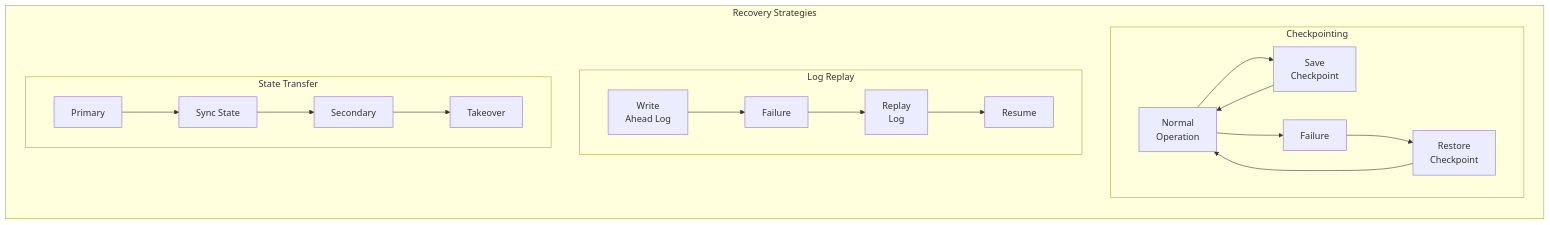
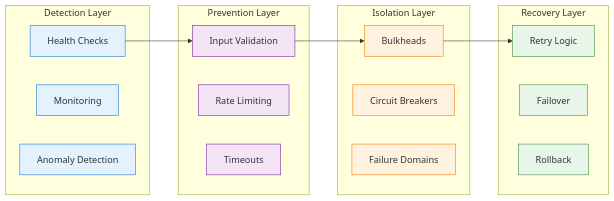
The second of 6 diagrams in docs/pattern-library/resilience/fault-tolerance.md (deepaucksharma/DStudio), drawn with Mermaid before and after one commit. The commit also changed other lines of this file and 119 other files, not shown here.

````diff
--- a/docs/pattern-library/resilience/fault-tolerance.md
+++ b/docs/pattern-library/resilience/fault-tolerance.md
@@ -180,30 +104,38 @@
 ```mermaid
-flowchart LR
-    subgraph "Recovery Strategies"
-        subgraph "Checkpointing"
-            CP1[Normal<br/>Operation]
-            CP2[Save<br/>Checkpoint]
-            CP3[Failure]
-            CP4[Restore<br/>Checkpoint]
-            CP1 --> CP2 --> CP1
-            CP1 --> CP3 --> CP4 --> CP1
-        end
-        
-        subgraph "Log Replay"
-            LR1[Write<br/>Ahead Log]
-            LR2[Failure]
-            LR3[Replay<br/>Log]
-            LR4[Resume]
-            LR1 --> LR2 --> LR3 --> LR4
-        end
-        
-        subgraph "State Transfer"
-            ST1[Primary]
-            ST2[Sync State]
-            ST3[Secondary]
-            ST4[Takeover]
-            ST1 --> ST2 --> ST3
-            ST3 --> ST4
-        end
+graph LR
+    subgraph "Detection Layer"
+        D1[Health Checks]
+        D2[Monitoring]
+        D3[Anomaly Detection]
     end
+    
+    subgraph "Prevention Layer"
+        P1[Input Validation]
+        P2[Rate Limiting]
+        P3[Timeouts]
+    end
+    
+    subgraph "Isolation Layer"
+        I1[Bulkheads]
+        I2[Circuit Breakers]
+        I3[Failure Domains]
+    end
+    
+    subgraph "Recovery Layer"
+        R1[Retry Logic]
+        R2[Failover]
+        R3[Rollback]
+    end
+    
+    D1 --> P1 --> I1 --> R1
+    
+    classDef detection fill:#e3f2fd,stroke:#1976d2
+    classDef prevention fill:#f3e5f5,stroke:#7b1fa2
+    classDef isolation fill:#fff3e0,stroke:#f57c00
+    classDef recovery fill:#e8f5e9,stroke:#388e3c
+    
+    class D1,D2,D3 detection
+    class P1,P2,P3 prevention
+    class I1,I2,I3 isolation
+    class R1,R2,R3 recovery
 ```
````
